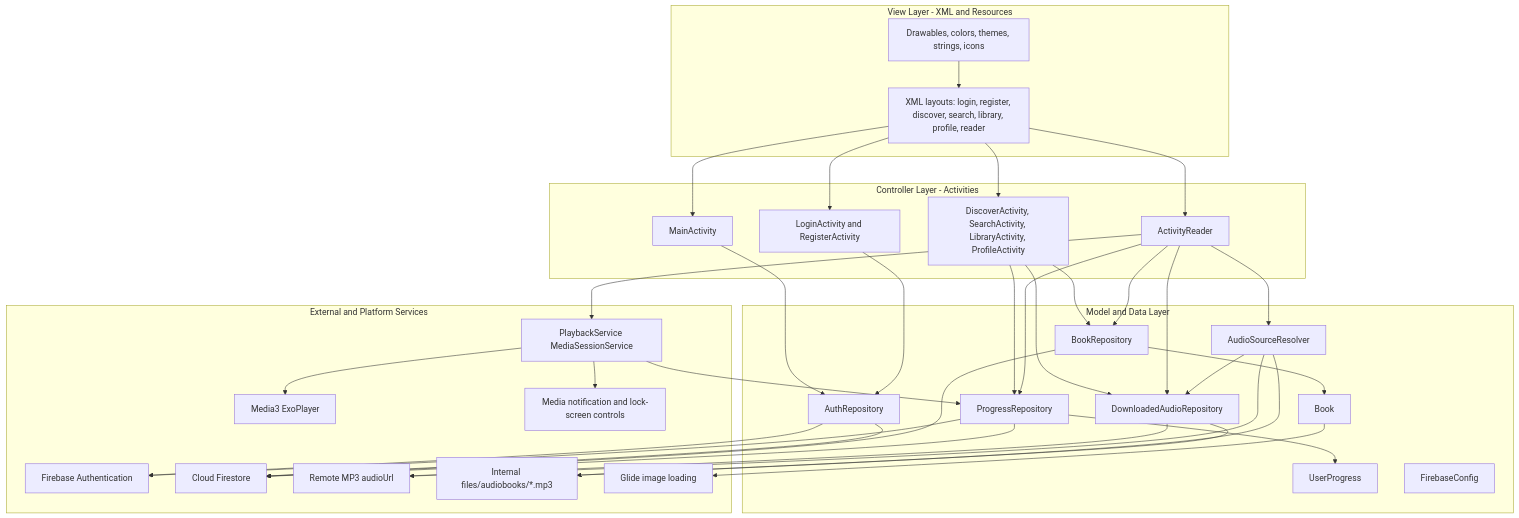
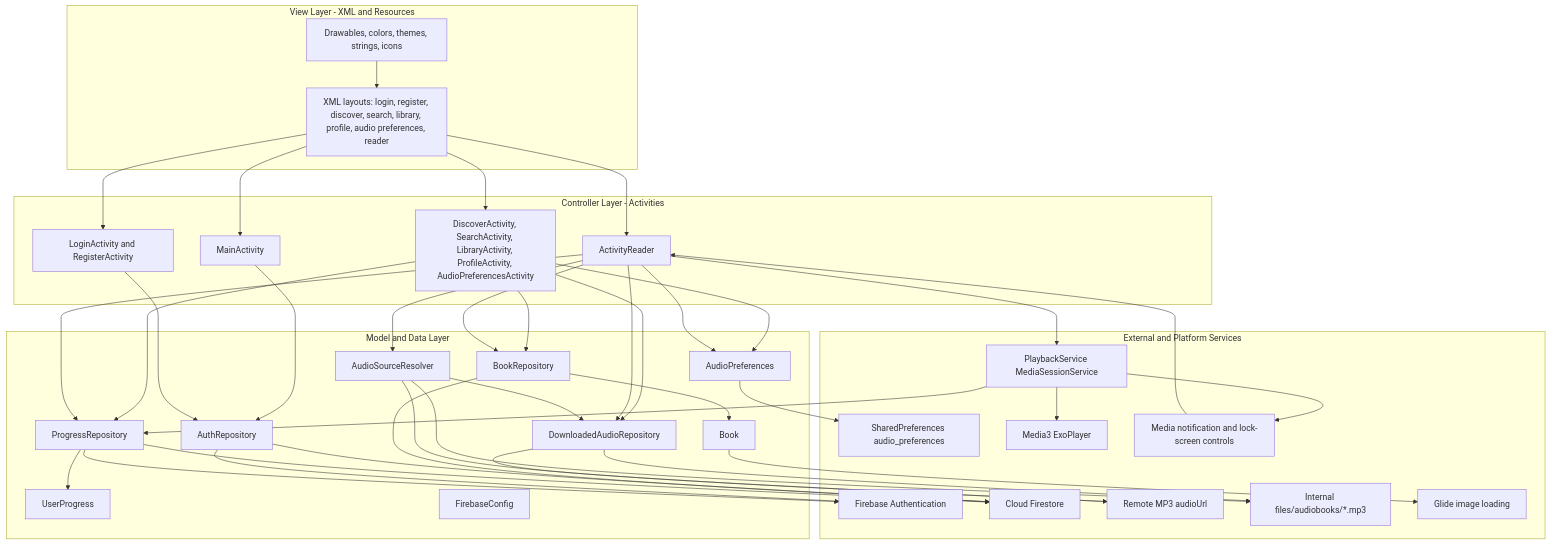
Before and after one commit to LeeVuKhang/Fonos_Group13: the first of 9 diagrams in README.md, drawn with Mermaid. The commit also changed other lines of this file, not shown here.

Commit message:
docs(readme): update audio preferences documentation

````diff
--- a/README.md
+++ b/README.md
@@ -155,70 +165,76 @@
 ```mermaid
 flowchart TB
     subgraph View["View Layer - XML and Resources"]
-        Layouts["XML layouts: login, register, discover, search, library, profile, reader"]
+        Layouts["XML layouts: login, register, discover, search, library, profile, audio preferences, reader"]
         Resources["Drawables, colors, themes, strings, icons"]
     end
 
     subgraph Controller["Controller Layer - Activities"]
         Main["MainActivity"]
         AuthScreens["LoginActivity and RegisterActivity"]
-        BrowseScreens["DiscoverActivity, SearchActivity, LibraryActivity, ProfileActivity"]
+        BrowseScreens["DiscoverActivity, SearchActivity, LibraryActivity, ProfileActivity, AudioPreferencesActivity"]
         Reader["ActivityReader"]
     end
 
     subgraph Model["Model and Data Layer"]
         BookModel["Book"]
         ProgressModel["UserProgress"]
         AuthRepo["AuthRepository"]
         BookRepo["BookRepository"]
         ProgressRepo["ProgressRepository"]
         DownloadRepo["DownloadedAudioRepository"]
+        AudioPrefs["AudioPreferences"]
         Resolver["AudioSourceResolver"]
         FirebaseConfig["FirebaseConfig"]
     end
 
     subgraph External["External and Platform Services"]
         FirebaseAuth["Firebase Authentication"]
         Firestore["Cloud Firestore"]
         RemoteAudio["Remote MP3 audioUrl"]
         InternalFiles["Internal files/audiobooks/*.mp3"]
+        LocalPrefs["SharedPreferences audio_preferences"]
         PlaybackService["PlaybackService MediaSessionService"]
         ExoPlayer["Media3 ExoPlayer"]
         MediaNotification["Media notification and lock-screen controls"]
         Glide["Glide image loading"]
     end
 
     Layouts --> Main
     Layouts --> AuthScreens
     Layouts --> BrowseScreens
     Layouts --> Reader
     Resources --> Layouts
 
     Main --> AuthRepo
     AuthScreens --> AuthRepo
     BrowseScreens --> BookRepo
     BrowseScreens --> ProgressRepo
     BrowseScreens --> DownloadRepo
+    BrowseScreens --> AudioPrefs
     Reader --> BookRepo
     Reader --> ProgressRepo
     Reader --> DownloadRepo
     Reader --> Resolver
+    Reader --> AudioPrefs
     Reader --> PlaybackService
 
     AuthRepo --> FirebaseAuth
     AuthRepo --> Firestore
     BookRepo --> Firestore
     ProgressRepo --> FirebaseAuth
     ProgressRepo --> Firestore
     PlaybackService --> ExoPlayer
     PlaybackService --> ProgressRepo
     PlaybackService --> MediaNotification
+    MediaNotification --> Reader
     DownloadRepo --> RemoteAudio
     DownloadRepo --> InternalFiles
+    AudioPrefs --> LocalPrefs
     Resolver --> DownloadRepo
     Resolver --> RemoteAudio
     Resolver --> InternalFiles
     BookRepo --> BookModel
     ProgressRepo --> ProgressModel
     BookModel --> Glide
 ```
````
